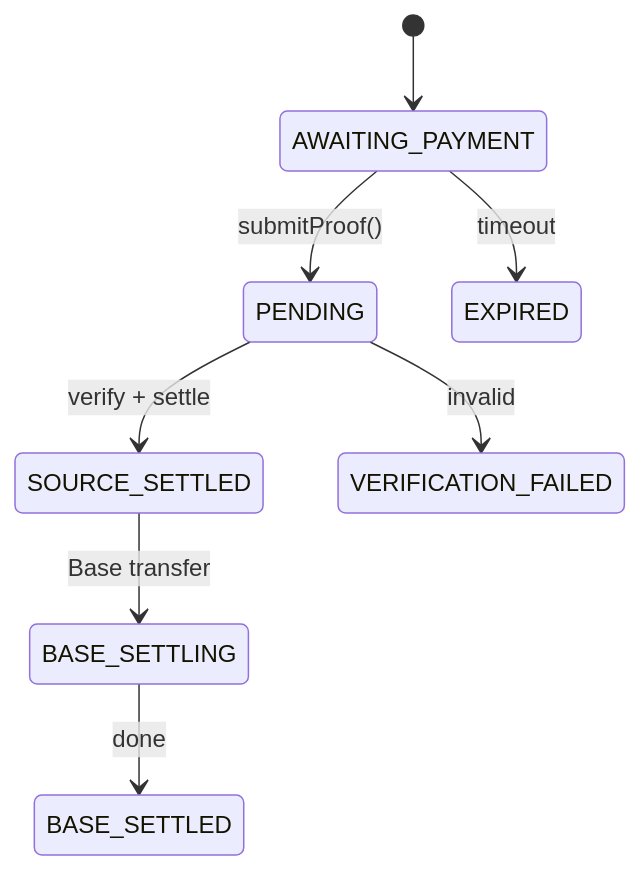
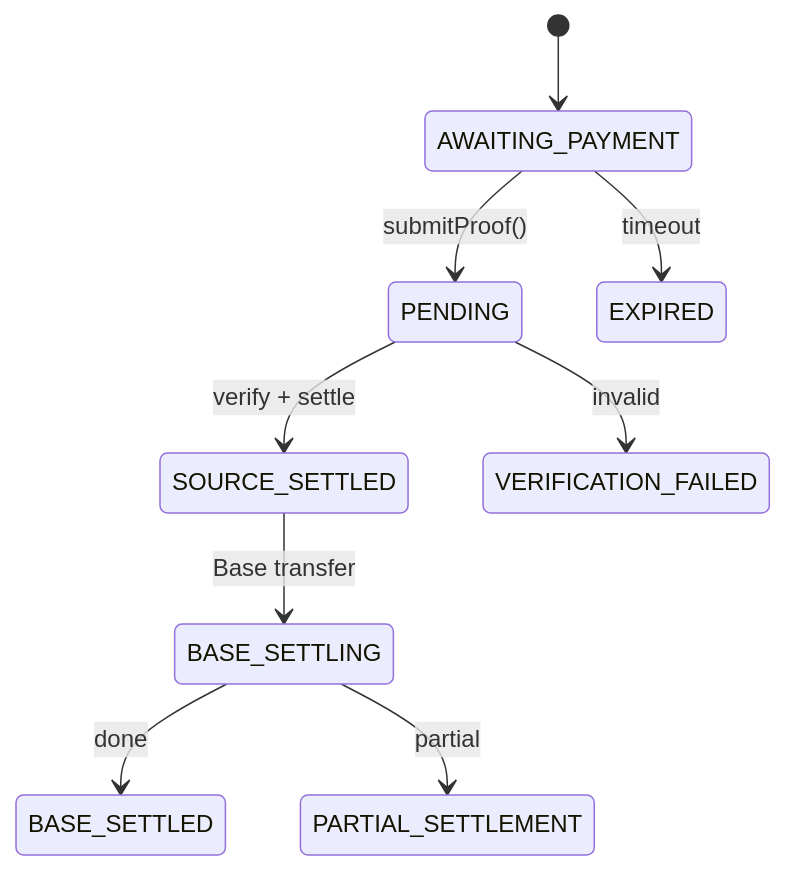
One commit to agent-tech/agent-pay-docs changed the diagram in skills/agent-public-payment.md. Above: the diagram before and after it, drawn with Mermaid. The commit also changed other lines of this file and 17 other files, not shown here.

````diff
--- a/skills/agent-public-payment.md
+++ b/skills/agent-public-payment.md
@@ -787,10 +790,11 @@
 ```mermaid
 stateDiagram-v2
     [*] --> AWAITING_PAYMENT
     AWAITING_PAYMENT --> PENDING: submitProof()
     AWAITING_PAYMENT --> EXPIRED: timeout
     PENDING --> SOURCE_SETTLED: verify + settle
     PENDING --> VERIFICATION_FAILED: invalid
     SOURCE_SETTLED --> BASE_SETTLING: Base transfer
     BASE_SETTLING --> BASE_SETTLED: done
+    BASE_SETTLING --> PARTIAL_SETTLEMENT: partial
 ```
````
